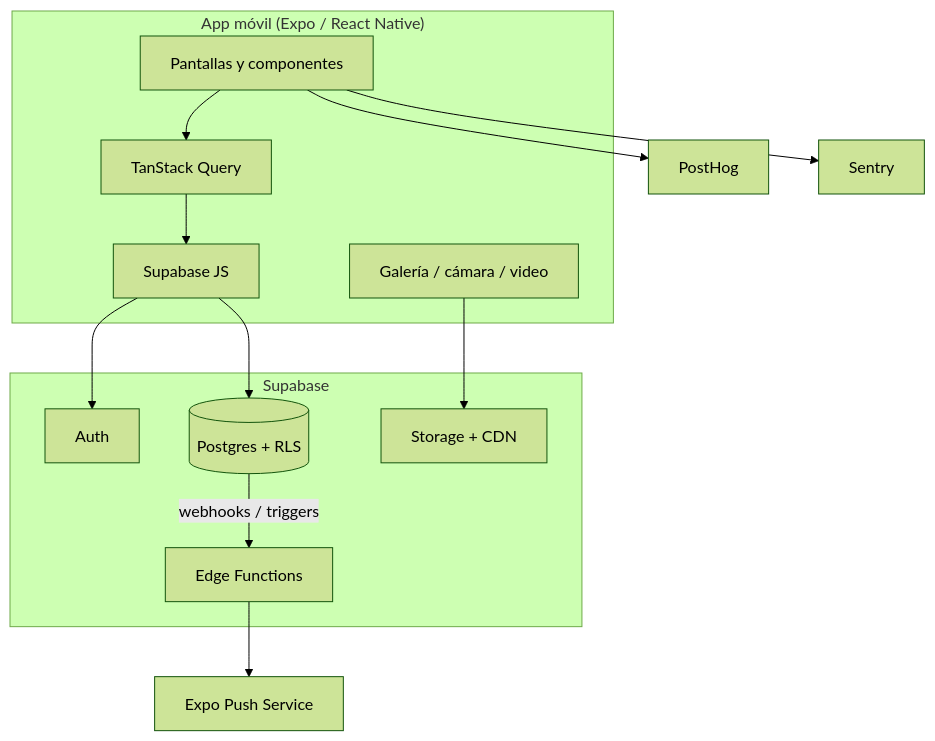
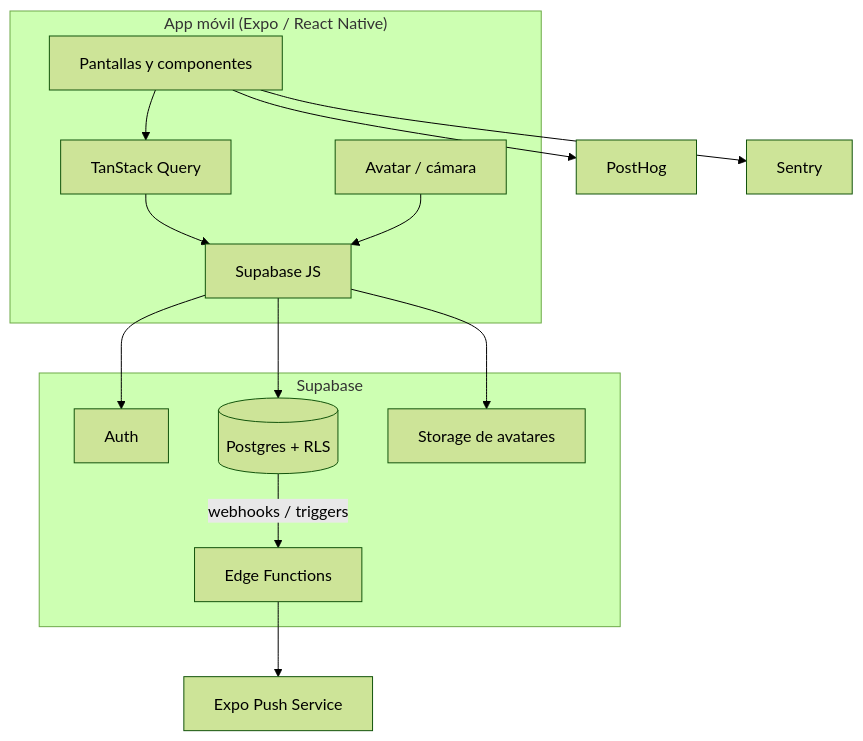
One commit to santioliveros/musicate-app changed the diagram in docs/02-arquitectura.md. Above: the diagram before and after it, drawn with Mermaid (forest theme). The commit also changed other lines of this file and 18 other files, not shown here.

````diff
--- a/docs/02-arquitectura.md
+++ b/docs/02-arquitectura.md
@@ -16,25 +18,26 @@
 ```mermaid
 flowchart TB
   subgraph Cliente["App móvil (Expo / React Native)"]
     UI[Pantallas y componentes]
     Q[TanStack Query]
     SB[Supabase JS]
-    MED[Galería / cámara / video]
+    IMG[Avatar / cámara]
   end
 
   subgraph Supabase
     AUTH[Auth]
     DB[(Postgres + RLS)]
-    ST[Storage + CDN]
+    ST[Storage de avatares]
     EF[Edge Functions]
   end
 
   UI --> Q --> SB
   SB --> AUTH
   SB --> DB
-  MED --> ST
+  SB --> ST
+  IMG --> SB
   DB -->|webhooks / triggers| EF
   EF --> PUSH[Expo Push Service]
   UI --> PH[PostHog]
   UI --> SE[Sentry]
 ```
````
